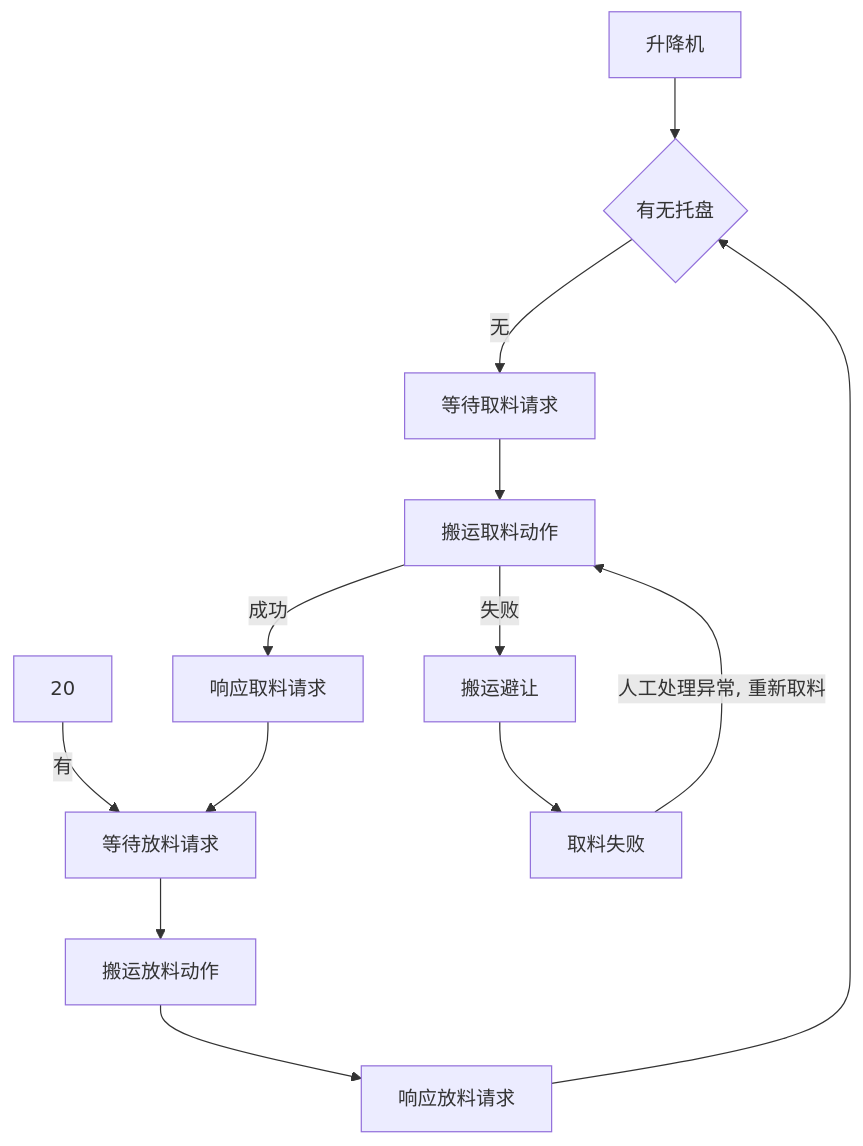
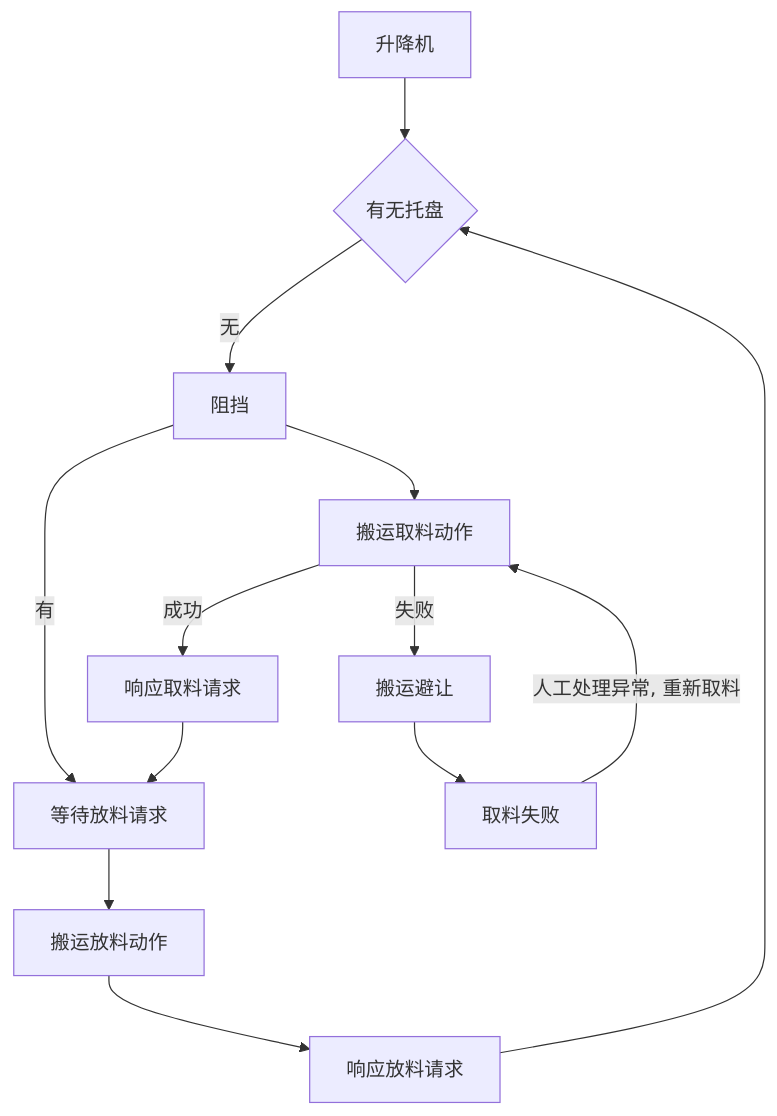
Before and after one commit to PengKun1/iodraw-files: the diagram in all/升降台.md, drawn with Mermaid.

Commit message:
2024-12-23 10:18:50 update

````diff
--- a/all/升降台.md
+++ b/all/升降台.md
@@ -1,16 +1,16 @@
 ```mermaid
 graph TD
 0[升降机]-->10
-10{有无托盘}-->|无|30
+10{有无托盘}-->|无|20
 20-->|有|60
-30[等待取料请求]-->40
+20[阻挡]-->40
 40[搬运取料动作]-->|成功|50
 40-->|失败|90
 50[响应取料请求]-->60
 60[等待放料请求]-->70
 70[搬运放料动作]-->80
 80[响应放料请求]-->10
 90[搬运避让]-->900
 
 900[取料失败]-->|人工处理异常, 重新取料|40
 ```
````
